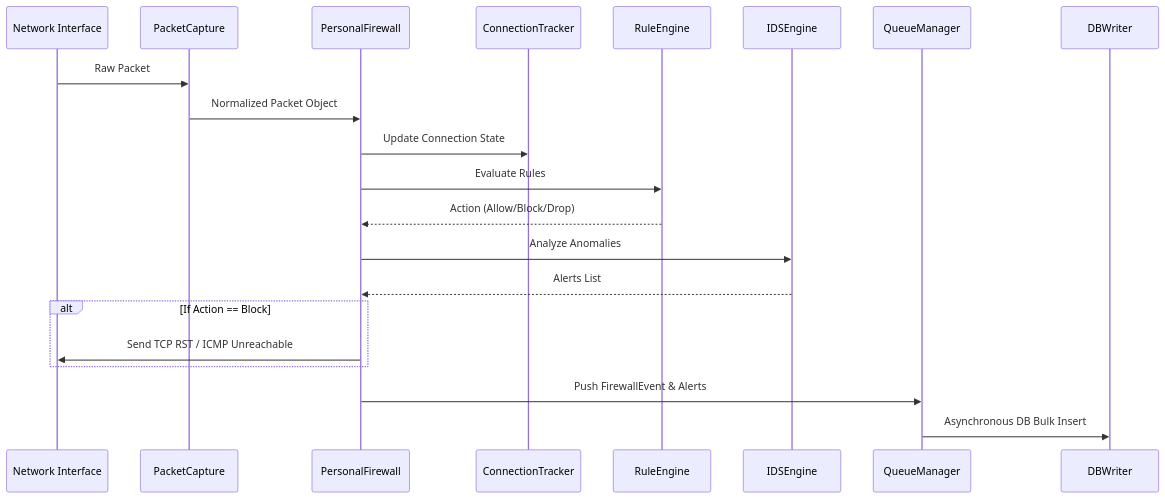
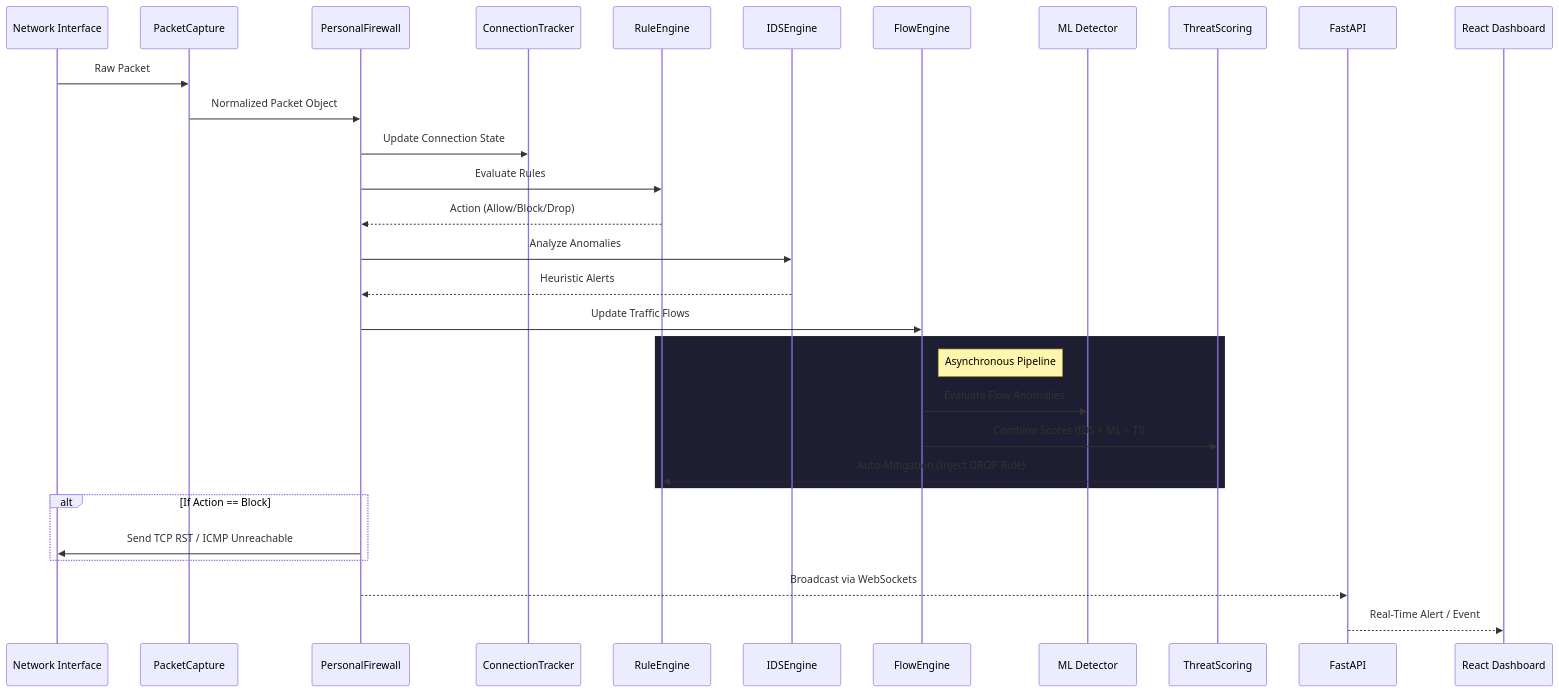
Before and after one commit to Aakash02A/AI-Powered-Stateful-Personal-Firewall: the diagram in ARCHITECTURE.md, drawn with Mermaid. The commit also changed other lines of this file and 14 other files, not shown here.

````diff
--- a/ARCHITECTURE.md
+++ b/ARCHITECTURE.md
@@ -31,26 +51,37 @@
 ```mermaid
 sequenceDiagram
     participant Net as Network Interface
     participant PC as PacketCapture
     participant Core as PersonalFirewall
     participant TR as ConnectionTracker
     participant RE as RuleEngine
     participant IDS as IDSEngine
-    participant Q as QueueManager
-    participant DB as DBWriter
+    participant Flow as FlowEngine
+    participant ML as ML Detector
+    participant Score as ThreatScoring
+    participant API as FastAPI
+    participant UI as React Dashboard
 
     Net->>PC: Raw Packet
     PC->>Core: Normalized Packet Object
     Core->>TR: Update Connection State
     Core->>RE: Evaluate Rules
     RE-->>Core: Action (Allow/Block/Drop)
     Core->>IDS: Analyze Anomalies
-    IDS-->>Core: Alerts List
+    IDS-->>Core: Heuristic Alerts
+    Core->>Flow: Update Traffic Flows
+    
+    rect rgb(30, 30, 50)
+        note right of Flow: Asynchronous Pipeline
+        Flow->>ML: Evaluate Flow Anomalies
+        Flow->>Score: Combine Scores (IDS + ML + TI)
+        Score-->>RE: Auto-Mitigation (Inject DROP Rule)
+    end
     
     alt If Action == Block
         Core->>Net: Send TCP RST / ICMP Unreachable
     end
     
-    Core->>Q: Push FirewallEvent & Alerts
-    Q->>DB: Asynchronous DB Bulk Insert
+    Core-->>API: Broadcast via WebSockets
+    API-->>UI: Real-Time Alert / Event
 ```
````
